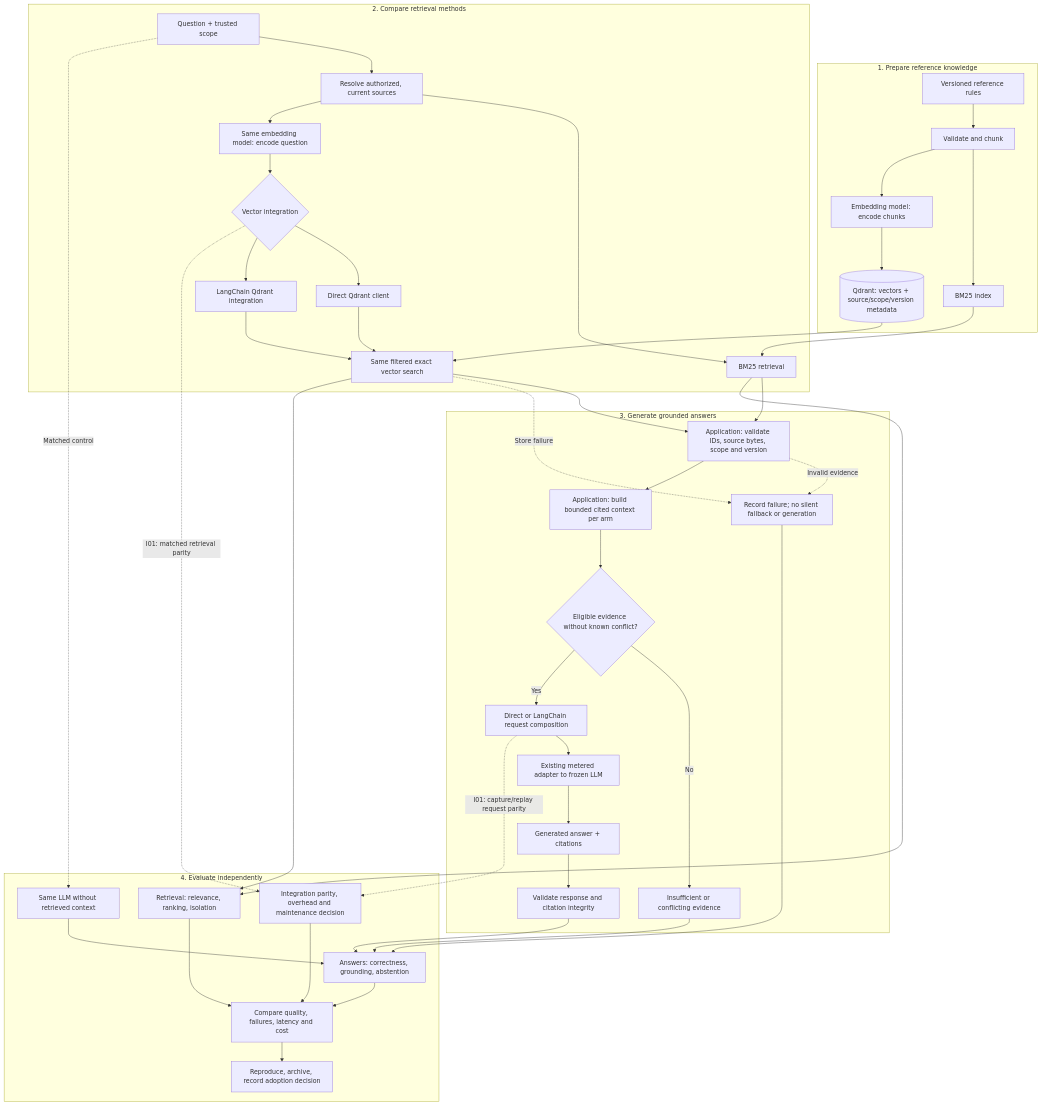
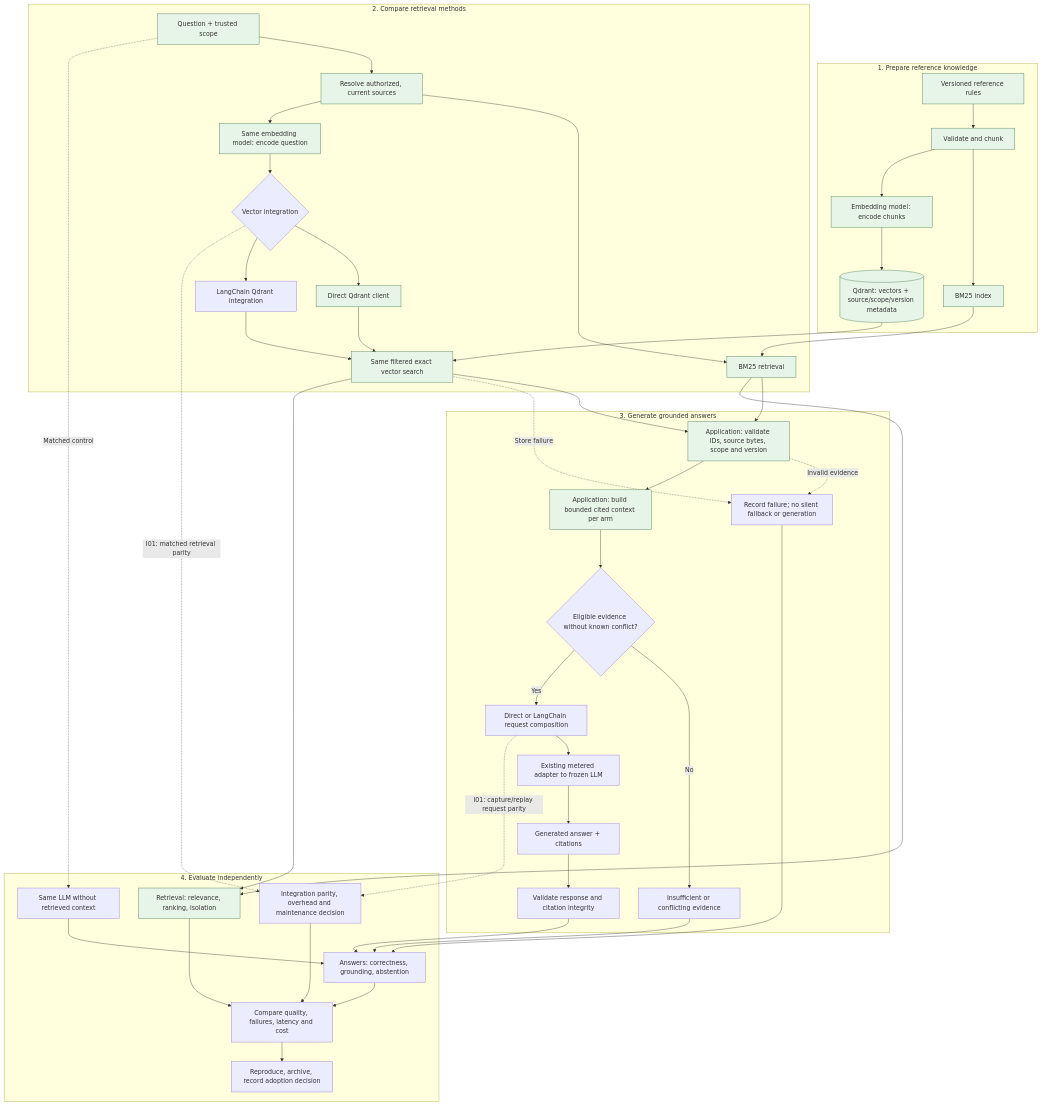
Before and after one commit to MarneusKalgar/rd_ai: the first of 2 diagrams in docs/plans/milestones/P03-authorized-retrieval.md, drawn with Mermaid. The commit also changed other lines of this file and 17 other files, not shown here.

````diff
--- a/docs/plans/milestones/P03-authorized-retrieval.md
+++ b/docs/plans/milestones/P03-authorized-retrieval.md
@@ -70,52 +71,54 @@
 ```mermaid
 flowchart TD
     subgraph Preparation["1. Prepare reference knowledge"]
         R["Versioned reference rules"] --> C["Validate and chunk"]
         C --> B["BM25 index"]
         C --> E["Embedding model: encode chunks"]
         E --> DB[("Qdrant: vectors + source/scope/version metadata")]
     end
 
     subgraph Retrieval["2. Compare retrieval methods"]
         Q["Question + trusted scope"] --> F["Resolve authorized, current sources"]
         F --> BR["BM25 retrieval"]
         B --> BR
         F --> QE["Same embedding model: encode question"]
         QE --> VI{"Vector integration"}
         VI --> DQ["Direct Qdrant client"]
         VI --> LQ["LangChain Qdrant integration"]
         DQ --> VR["Same filtered exact vector search"]
         LQ --> VR
         DB --> VR
     end
 
     subgraph Generation["3. Generate grounded answers"]
         BR --> EV["Application: validate IDs, source bytes, scope and version"]
         VR --> EV
         VR -. "Store failure" .-> FAIL["Record failure; no silent fallback or generation"]
         EV -. "Invalid evidence" .-> FAIL
         EV --> CT["Application: build bounded cited context per arm"]
         CT --> G{"Eligible evidence without known conflict?"}
         G -->|No| AB["Insufficient or conflicting evidence"]
         G -->|Yes| CP["Direct or LangChain request composition"]
         CP --> LLM["Existing metered adapter to frozen LLM"]
         LLM --> A["Generated answer + citations"]
         A --> V["Validate response and citation integrity"]
     end
 
     subgraph Evaluation["4. Evaluate independently"]
         BR --> RE["Retrieval: relevance, ranking, isolation"]
         VR --> RE
         V --> AE["Answers: correctness, grounding, abstention"]
         AB --> AE
         FAIL --> AE
         Q -. "Matched control" .-> NR["Same LLM without retrieved context"]
         NR --> AE
         RE --> D["Compare quality, failures, latency and cost"]
         AE --> D
         VI -. "I01: matched retrieval parity" .-> IP["Integration parity, overhead and maintenance decision"]
         CP -. "I01: capture/replay request parity" .-> IP
         IP --> D
         D --> P["Reproduce, archive, record adoption decision"]
     end
+    classDef exercised fill:#e7f4e8,stroke:#397647
+    class R,C,B,E,DB,Q,F,BR,QE,DQ,VR,EV,CT,RE exercised
 ```
````
